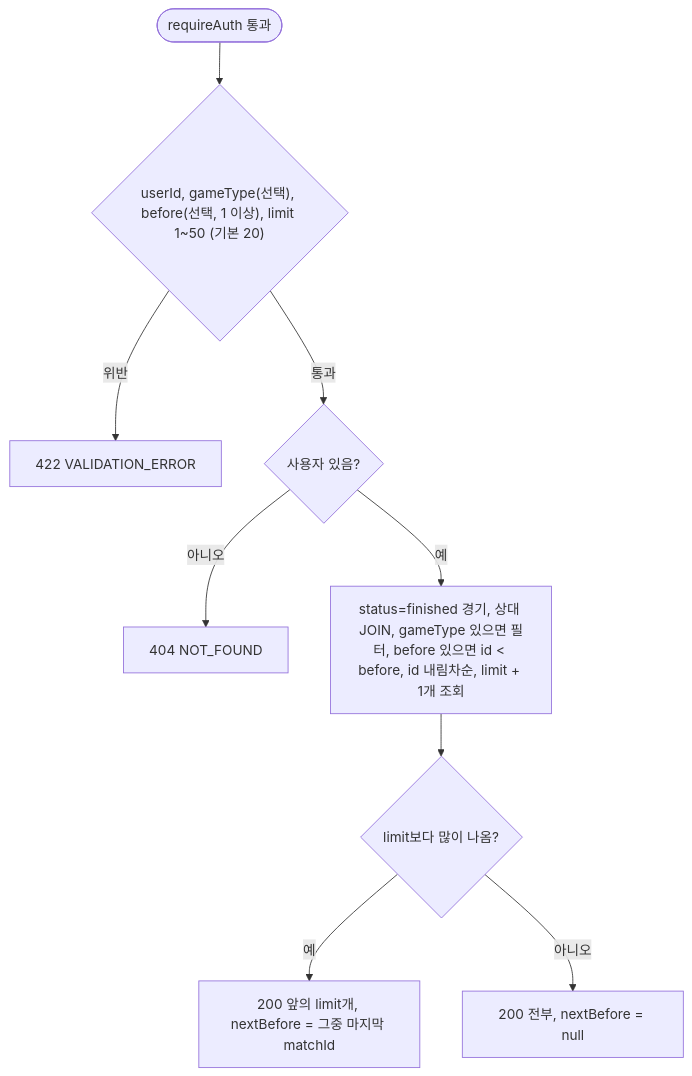
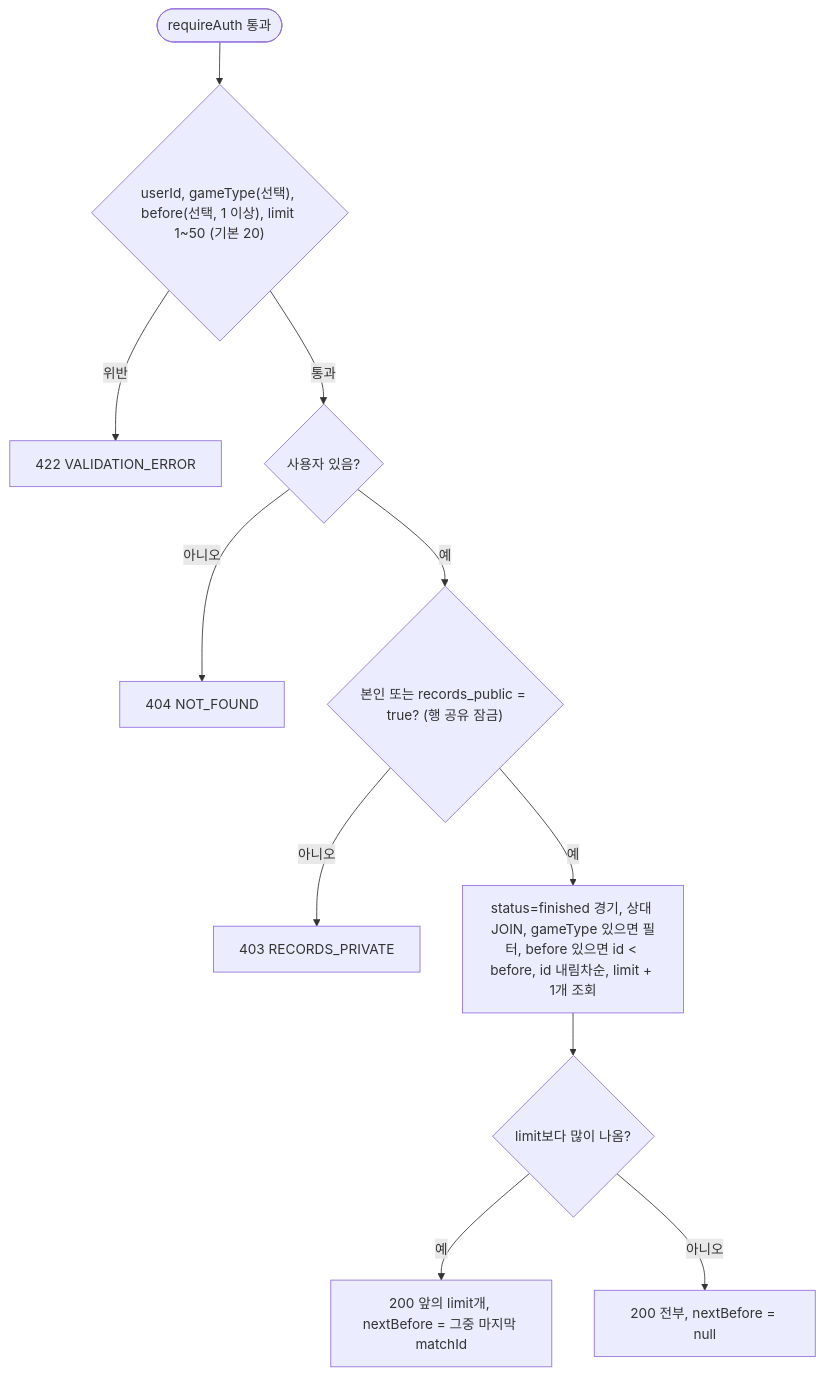
One commit to EscapeFromGyeongsan/ft_transcendence changed diagram 39 of 49 in Document/SDS.md. Above: the diagram before and after it, drawn with Mermaid. The commit also changed other lines of this file and 28 other files, not shown here.

````diff
--- a/Document/SDS.md
+++ b/Document/SDS.md
@@ -1463,11 +1472,13 @@
 ```mermaid
 flowchart TD
     S([requireAuth 통과]) --> V{"userId, gameType(선택), before(선택, 1 이상), limit 1~50 (기본 20)"}
     V -->|위반| R422[422 VALIDATION_ERROR]
     V -->|통과| U{사용자 있음?}
     U -->|아니오| R404[404 NOT_FOUND]
-    U -->|예| Q["status=finished 경기, 상대 JOIN, gameType 있으면 필터, before 있으면 id < before, id 내림차순, limit + 1개 조회"]
+    U -->|예| A{"본인 또는 records_public = true? (행 공유 잠금)"}
+    A -->|아니오| R403[403 RECORDS_PRIVATE]
+    A -->|예| Q["status=finished 경기, 상대 JOIN, gameType 있으면 필터, before 있으면 id < before, id 내림차순, limit + 1개 조회"]
     Q --> Full{"limit보다 많이 나옴?"}
     Full -->|예| N1["200 앞의 limit개, nextBefore = 그중 마지막 matchId"]
     Full -->|아니오| N0["200 전부, nextBefore = null"]
 ```
````
